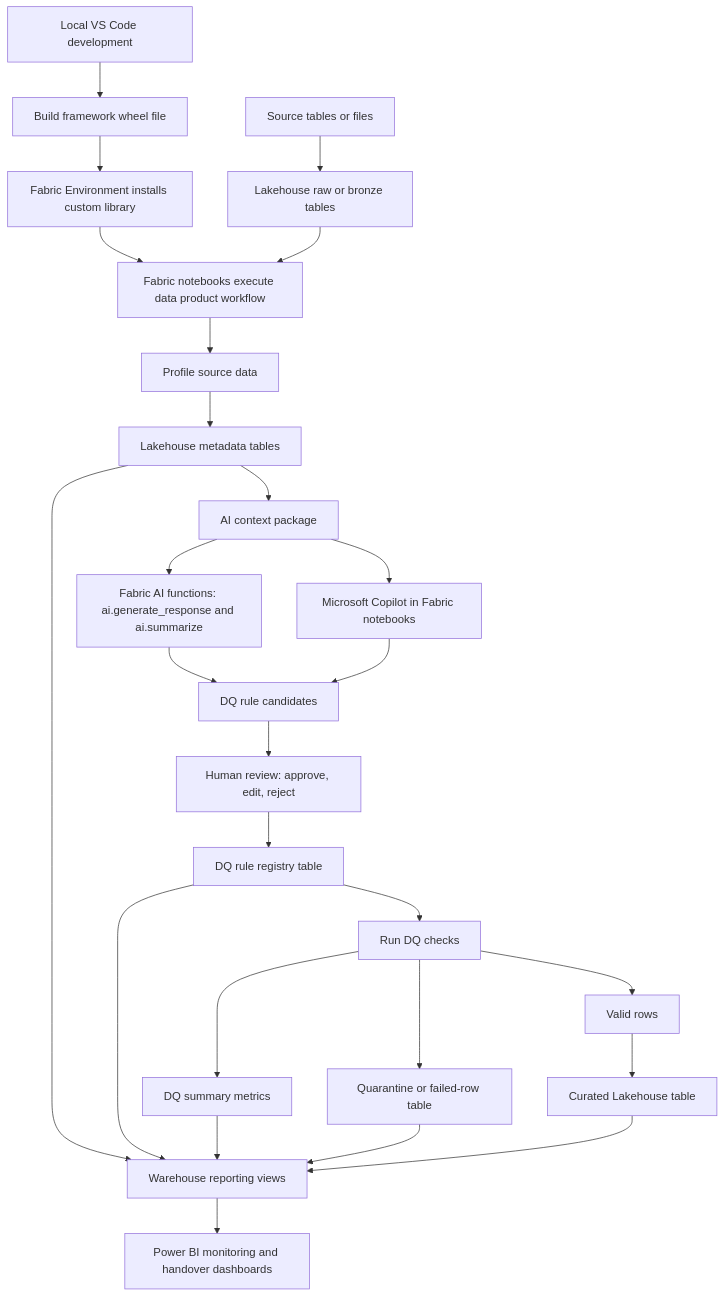
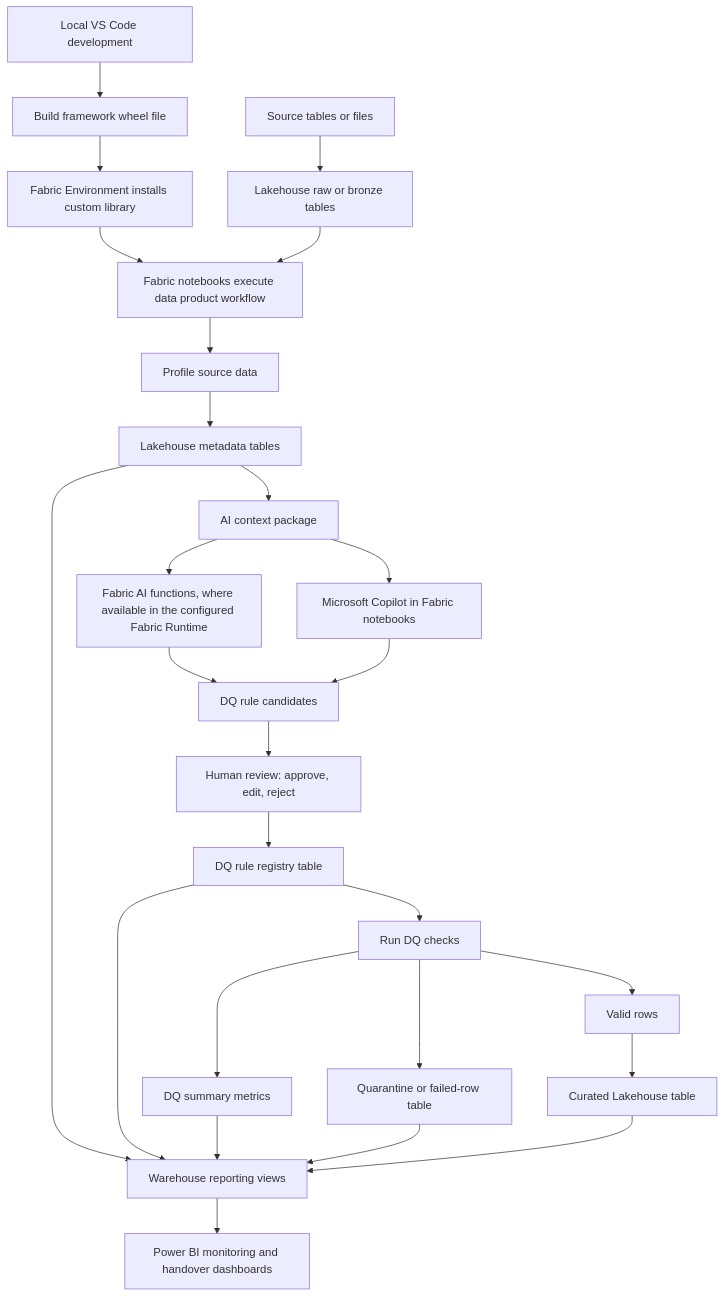
The diagram in docs/architecture/dqx-inspired-fabric-native-dq.md (Voycepeh/fabric-data-product-framework), drawn with Mermaid before and after one commit. The commit also changed other lines of this file and 3 other files, not shown here.

````diff
--- a/docs/architecture/dqx-inspired-fabric-native-dq.md
+++ b/docs/architecture/dqx-inspired-fabric-native-dq.md
@@ -60,36 +60,36 @@
 ```mermaid
 flowchart TD
     DEV[Local VS Code development] --> WHL[Build framework wheel file]
     WHL --> ENV[Fabric Environment installs custom library]
     ENV --> NB[Fabric notebooks execute data product workflow]
 
     SRC[Source tables or files] --> LHRAW[Lakehouse raw or bronze tables]
     LHRAW --> NB
 
     NB --> PROF[Profile source data]
     PROF --> META[Lakehouse metadata tables]
     META --> AICTX[AI context package]
 
-    AICTX --> FABAI[Fabric AI functions: ai.generate_response and ai.summarize]
+    AICTX --> FABAI[Fabric AI functions, where available in the configured Fabric Runtime]
     AICTX --> COPILOT[Microsoft Copilot in Fabric notebooks]
 
     FABAI --> DQCAND[DQ rule candidates]
     COPILOT --> DQCAND
 
     DQCAND --> REVIEW[Human review: approve, edit, reject]
     REVIEW --> DQREG[DQ rule registry table]
 
     DQREG --> DQRUN[Run DQ checks]
     DQRUN --> VALID[Valid rows]
     DQRUN --> QUAR[Quarantine or failed-row table]
     DQRUN --> DQMET[DQ summary metrics]
 
     VALID --> CURATED[Curated Lakehouse table]
     META --> WH[Warehouse reporting views]
     DQREG --> WH
     DQMET --> WH
     QUAR --> WH
     CURATED --> WH
 
     WH --> PBI[Power BI monitoring and handover dashboards]
 ```
````
